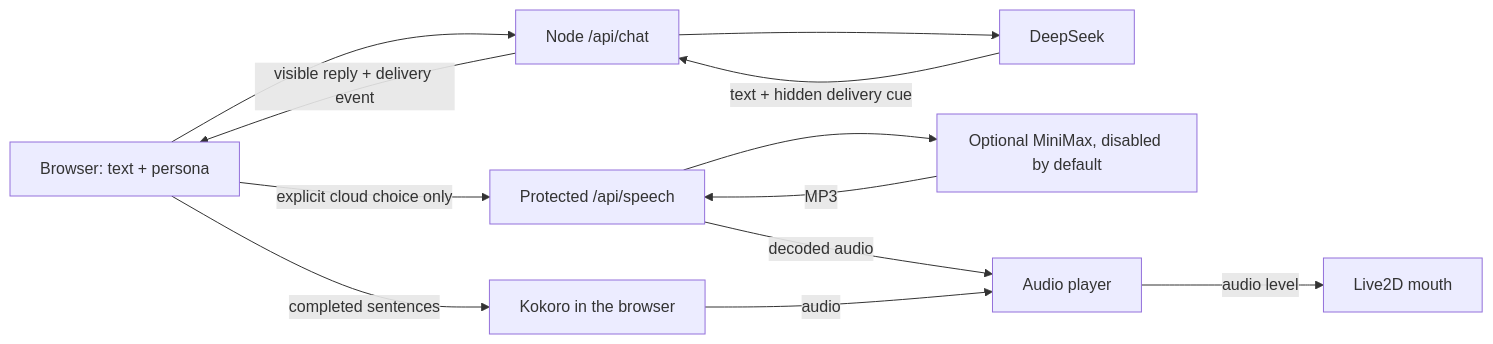
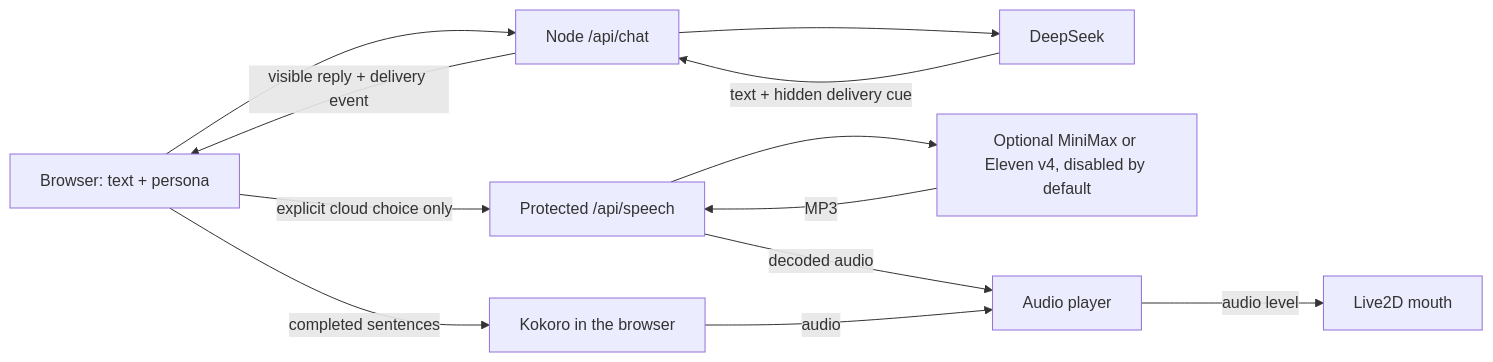
One commit to Chenqiang-Zhang/airi-lite changed the diagram in README.md. Above: the diagram before and after it, drawn with Mermaid. The commit also changed other lines of this file and 18 other files, not shown here.

Commit message:
Prepare disabled Eleven v4 speech with provider-scoped consent

````diff
--- a/README.md
+++ b/README.md
@@ -36,14 +36,14 @@
 ```mermaid
 flowchart LR
   U[Browser: text + persona] --> API[Node /api/chat]
   API --> DS[DeepSeek]
   DS -->|text + hidden delivery cue| API
   API -->|visible reply + delivery event| U
   U -->|completed sentences| TTS[Kokoro in the browser]
   U -->|explicit cloud choice only| SAPI[Protected /api/speech]
-  SAPI --> MTTS[Optional MiniMax, disabled by default]
+  SAPI --> MTTS[Optional MiniMax or Eleven v4, disabled by default]
   MTTS -->|MP3| SAPI
   SAPI -->|decoded audio| Player
   TTS -->|audio| Player[Audio player]
   Player -->|audio level| L2D[Live2D mouth]
 ```
````
